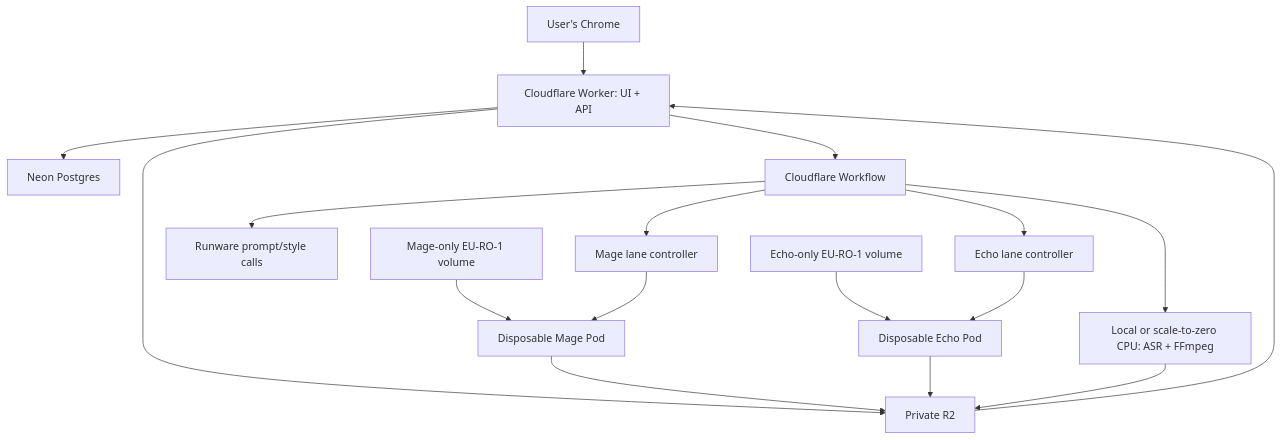
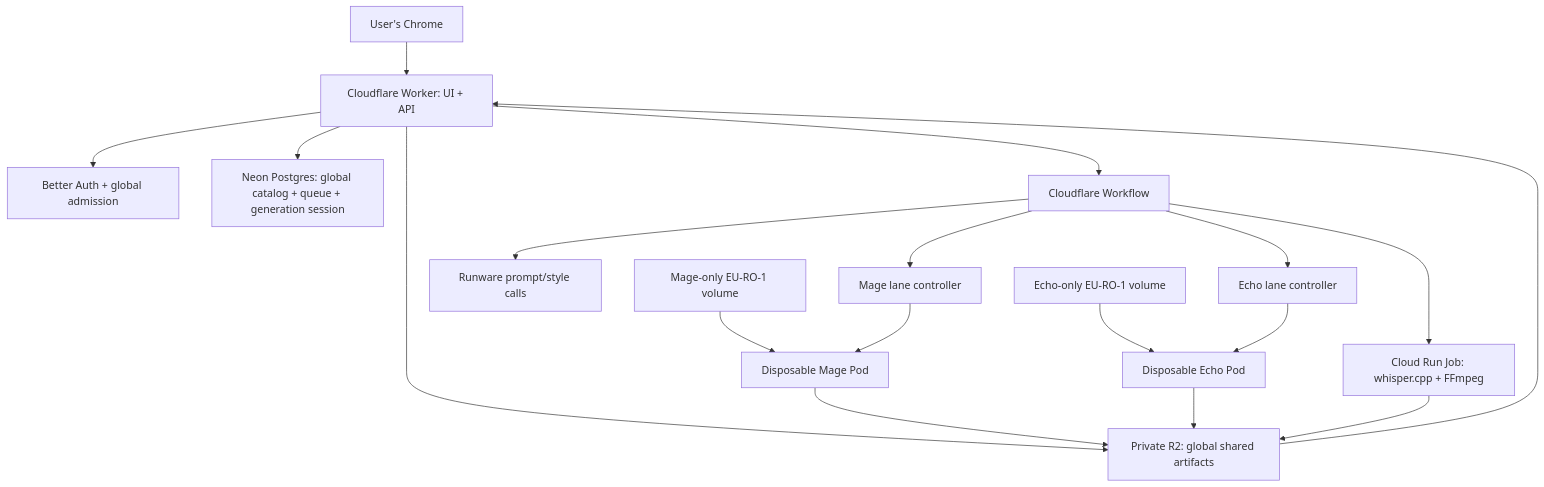
The diagram in project-context/06_SYSTEM_ARCHITECTURE.md (Pala-LakshmanSai/videoforge), drawn with Mermaid before and after one commit. The commit also changed other lines of this file and 29 other files, not shown here.

Commit message:
lock global shared MVP checkpoint roadmap

````diff
--- a/project-context/06_SYSTEM_ARCHITECTURE.md
+++ b/project-context/06_SYSTEM_ARCHITECTURE.md
@@ -44,16 +45,17 @@
 ```mermaid
 flowchart TB
     B["User's Chrome"] --> APP["Cloudflare Worker: UI + API"]
-    APP --> PG["Neon Postgres"]
-    APP --> R2["Private R2"]
+    APP --> AUTH["Better Auth + global admission"]
+    APP --> PG["Neon Postgres: global catalog + queue + generation session"]
+    APP --> R2["Private R2: global shared artifacts"]
     APP --> WF["Cloudflare Workflow"]
     WF --> RW["Runware prompt/style calls"]
     WF --> MC["Mage lane controller"] --> MP["Disposable Mage Pod"]
     MV["Mage-only EU-RO-1 volume"] --> MP
     WF --> EC["Echo lane controller"] --> EP["Disposable Echo Pod"]
     EV["Echo-only EU-RO-1 volume"] --> EP
     MP --> R2
     EP --> R2
-    WF --> CPU["Local or scale-to-zero CPU: ASR + FFmpeg"] --> R2
+    WF --> CPU["Cloud Run Job: whisper.cpp + FFmpeg"] --> R2
     R2 --> APP
 ```
````
